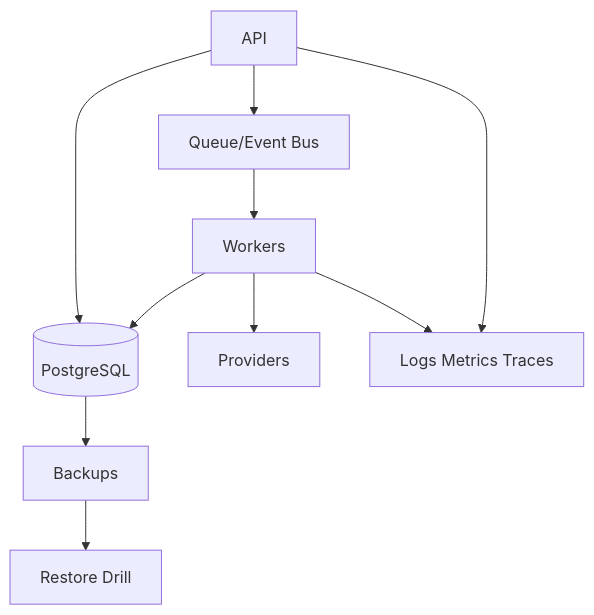
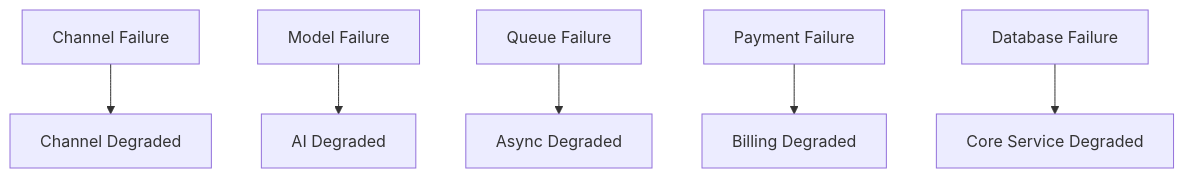
Before and after one commit to D-engahmed/OMILINKS: the diagram in docs/requirements/non-functional-requirements.md, drawn with Mermaid. The commit also changed other lines of this file and 2 other files, not shown here.

````diff
--- a/docs/requirements/non-functional-requirements.md
+++ b/docs/requirements/non-functional-requirements.md
@@ -46,12 +179,8 @@
-```mermaid
+~~~mermaid
 flowchart TB
-API[API] --> DB[(PostgreSQL)]
-API --> BUS[Queue/Event Bus]
-BUS --> W[Workers]
-W --> DB
-W --> EXT[Providers]
-API --> OBS[Logs Metrics Traces]
-W --> OBS
-DB --> BK[Backups]
-BK --> DR[Restore Drill]
-```
+CHANNEL[Channel Failure] --> CHANNEL_ONLY[Channel Degraded]
+MODEL[Model Failure] --> MODEL_ONLY[AI Degraded]
+QUEUE[Queue Failure] --> QUEUE_ONLY[Async Degraded]
+PAYMENT[Payment Failure] --> BILL_ONLY[Billing Degraded]
+DB[Database Failure] --> CORE[Core Service Degraded]
+~~~
````
